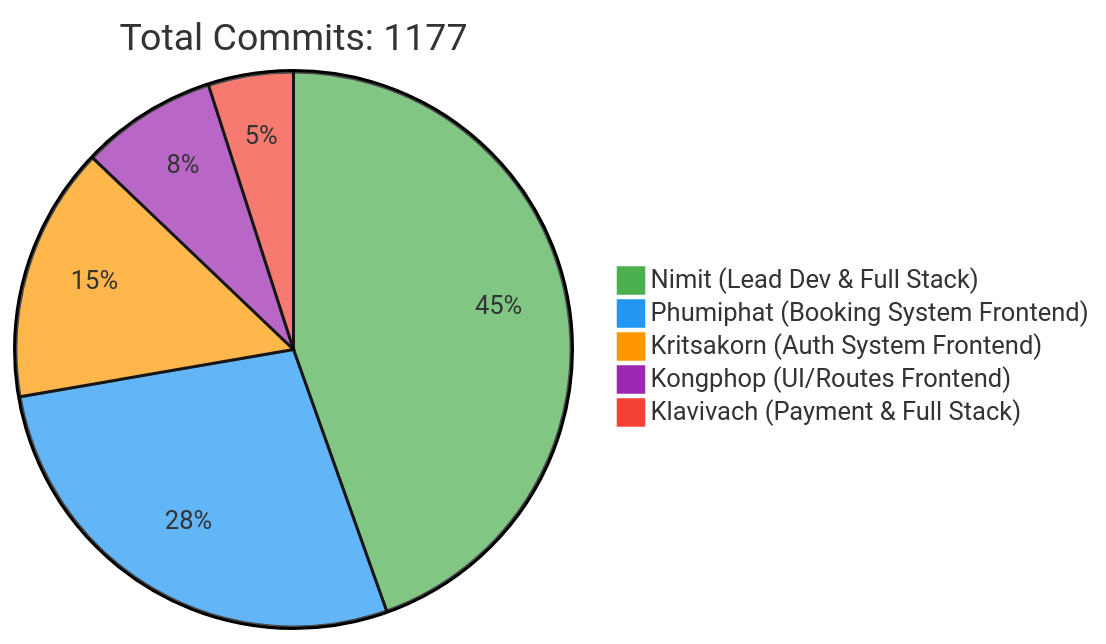
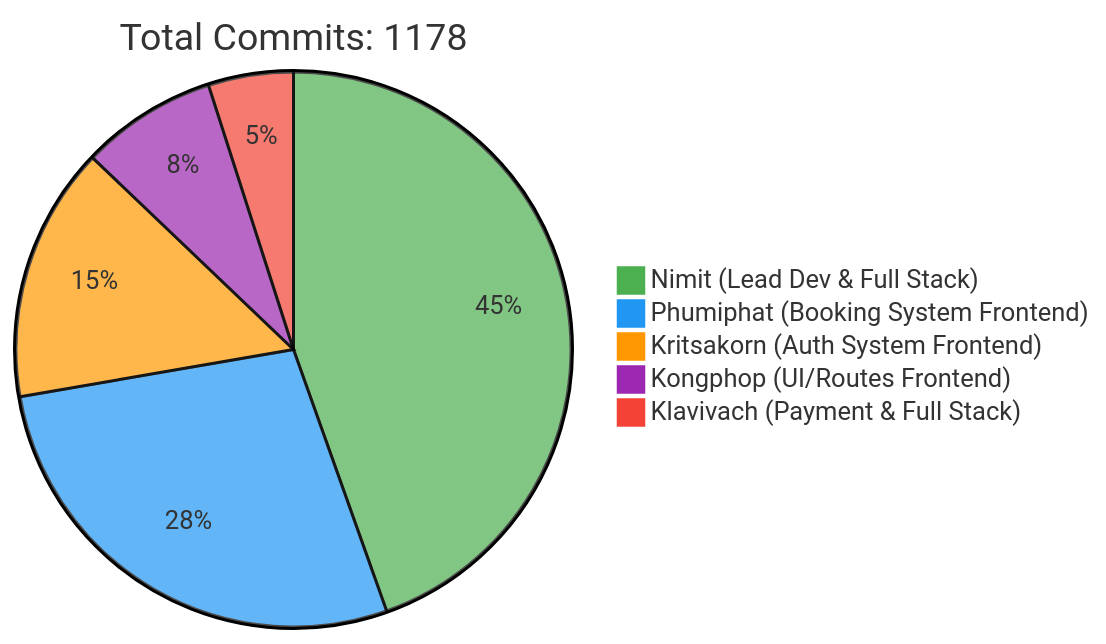
Before and after one commit to 6531503042/Sport-Complex: the first of 2 diagrams in README.md, drawn with Mermaid. The commit also changed other lines of this file, not shown here.

Commit message:
docs: Update contributor statistics [skip ci]

````diff
--- a/README.md
+++ b/README.md
@@ -257,10 +257,10 @@
 ```mermaid
 %%{init: {'theme': 'base', 'themeVariables': { 'pie1': '#4CAF50', 'pie2': '#2196F3', 'pie3': '#FF9800', 'pie4': '#9C27B0', 'pie5': '#F44336'}}}%%
 pie
-    title Total Commits: 1177
+    title Total Commits: 1178
     "Nimit (Lead Dev & Full Stack)" : 450
     "Phumiphat (Booking System Frontend)" : 280
     "Kritsakorn (Auth System Frontend)" : 150
     "Kongphop (UI/Routes Frontend)" : 80
     "Klavivach (Payment & Full Stack)" : 50
 ```
````
